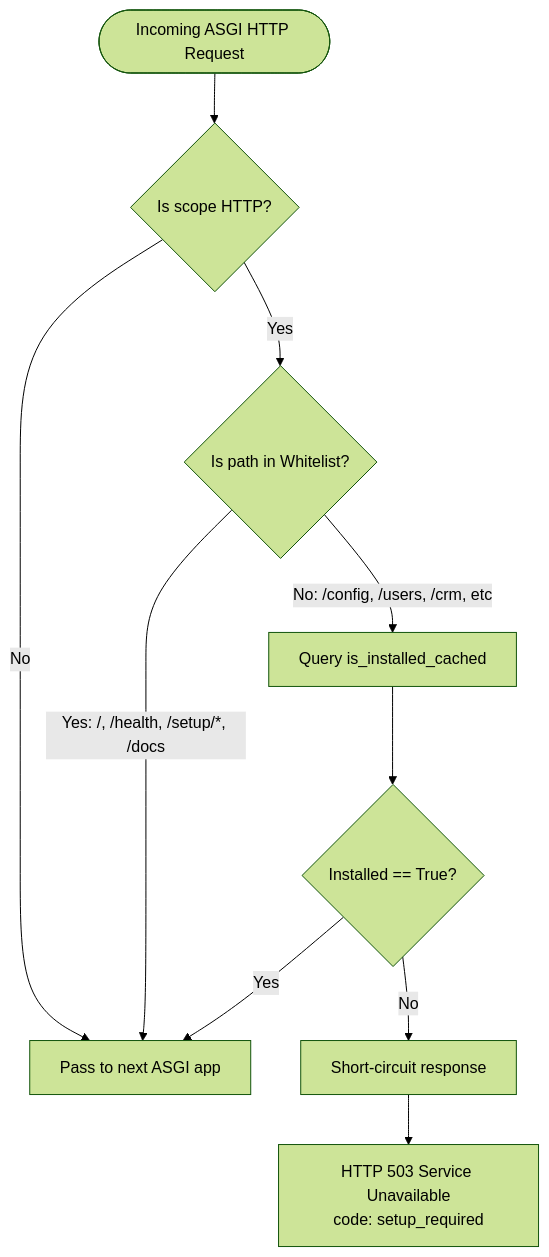
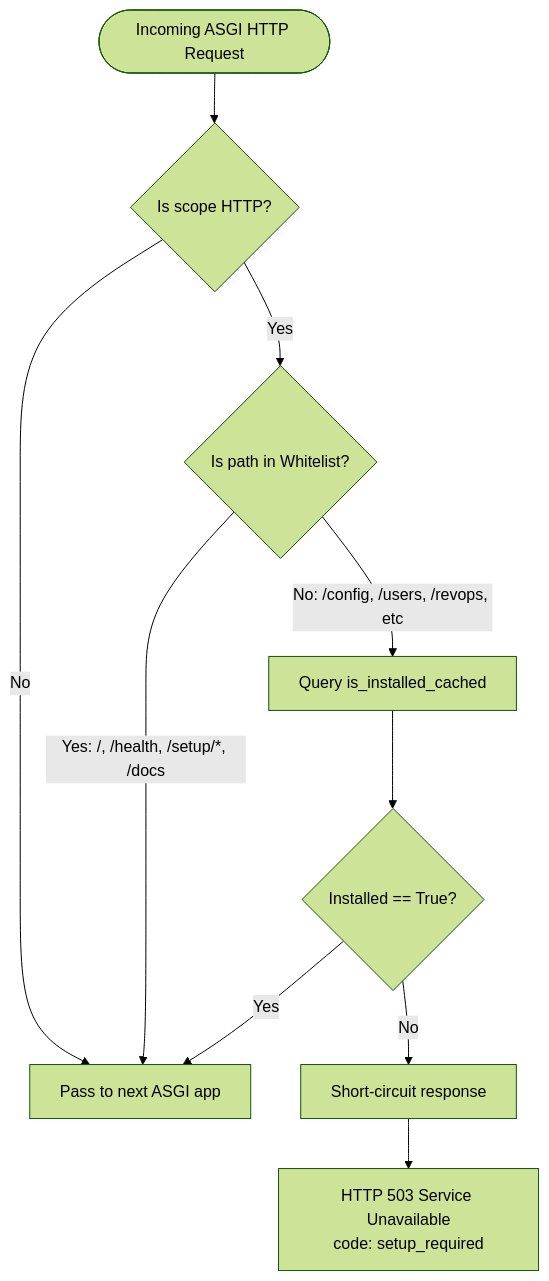
The second of 4 diagrams in docs/setup-api-architecture.md (innostes-dev/erp), drawn with Mermaid (forest theme) before and after one commit. The commit also changed other lines of this file and 189 other files, not shown here.

````diff
--- a/docs/setup-api-architecture.md
+++ b/docs/setup-api-architecture.md
@@ -144,14 +144,14 @@
 ```mermaid
 flowchart TD
     Req([Incoming ASGI HTTP Request]) --> ScopeCheck{Is scope HTTP?}
     ScopeCheck -- No --> Passthrough[Pass to next ASGI app]
     ScopeCheck -- Yes --> PathCheck{Is path in Whitelist?}
     
     PathCheck -- Yes: /, /health, /setup/*, /docs --> Passthrough
-    PathCheck -- No: /config, /users, /crm, etc --> CacheCheck[Query is_installed_cached]
+    PathCheck -- No: /config, /users, /revops, etc --> CacheCheck[Query is_installed_cached]
     
     CacheCheck --> DBCheck{Installed == True?}
     DBCheck -- Yes --> Passthrough
     DBCheck -- No --> Abort[Short-circuit response]
     Abort --> Emit503[HTTP 503 Service Unavailable\ncode: setup_required]
 ```
````
